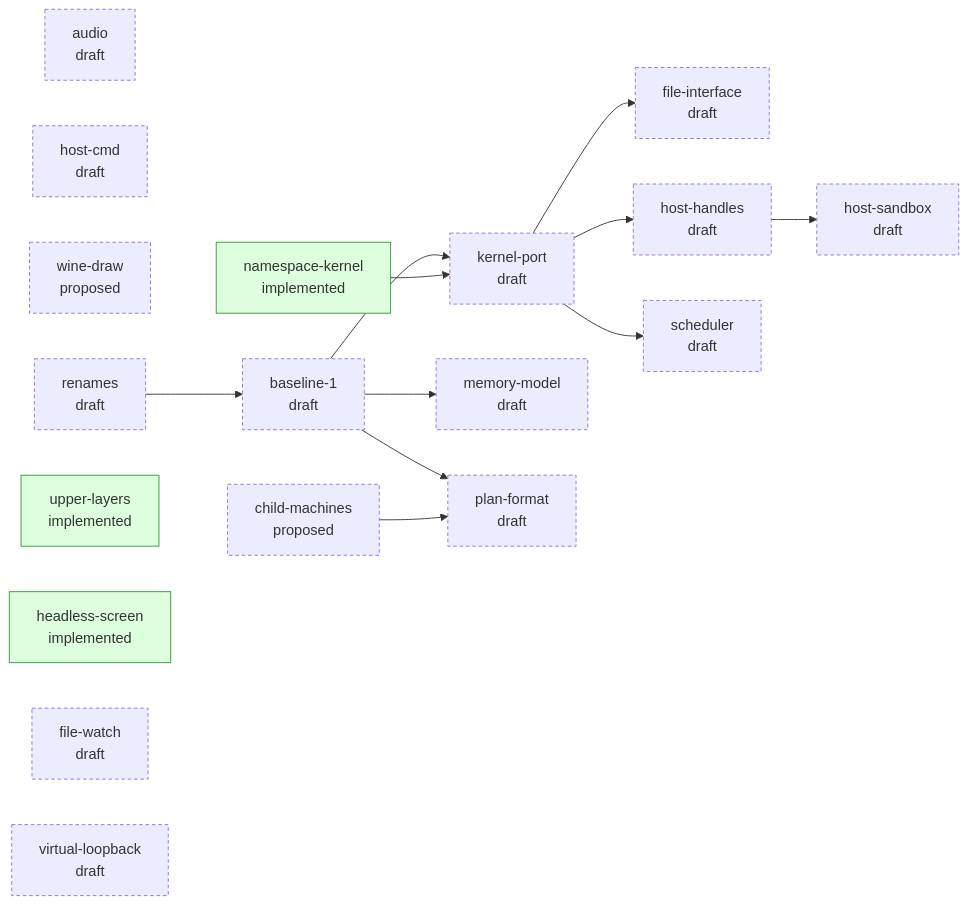
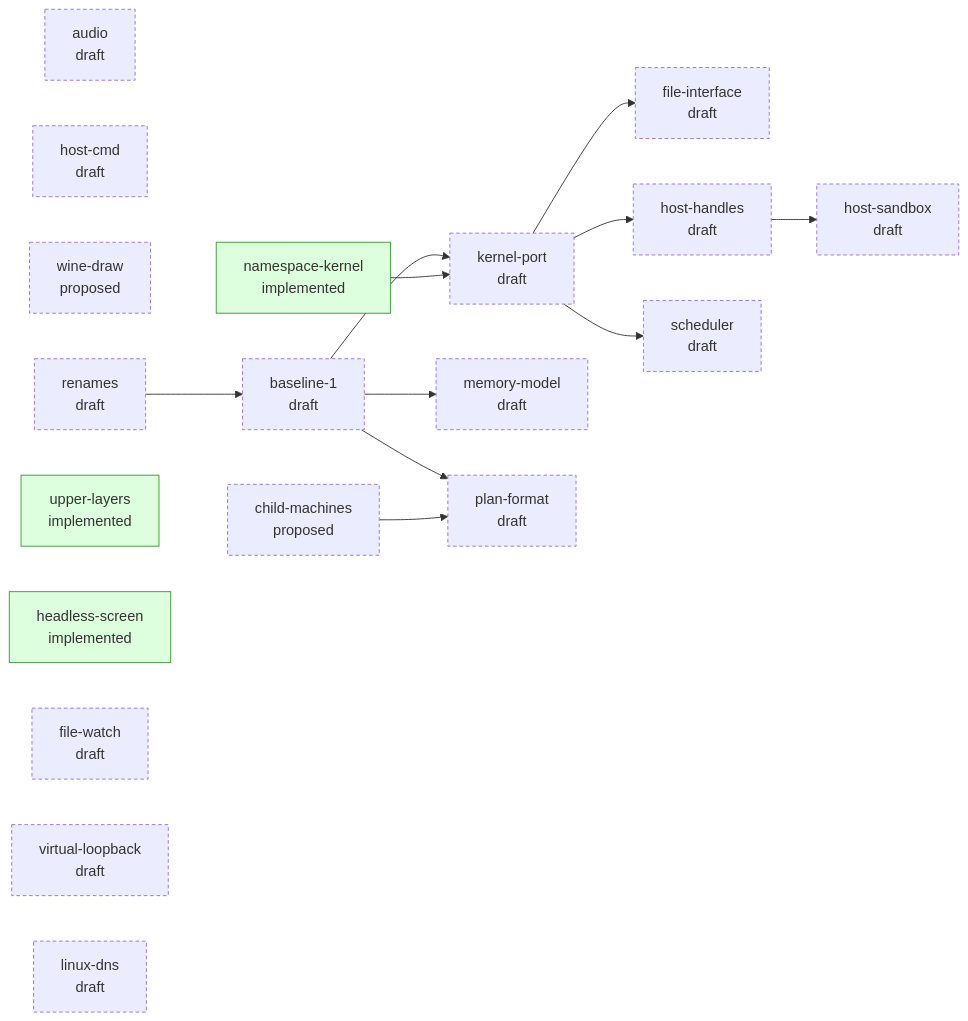
One commit to progrium/hyper9 changed the diagram in design/STATUS.md. Above: the diagram before and after it, drawn with Mermaid. The commit also changed other lines of this file, not shown here.

Commit message:
design: regenerate STATUS.md

````diff
--- a/design/STATUS.md
+++ b/design/STATUS.md
@@ -28,35 +29,36 @@
 ```mermaid
 flowchart LR
   classDef draft stroke-dasharray: 4 3
   classDef accepted stroke-width: 2px
   classDef implemented fill:#dfd,stroke:#393
   classDef closed fill:#eee,stroke:#999,color:#777
   p_host_sandbox["host-sandbox<br/>draft"]:::draft
   p_audio["audio<br/>draft"]:::draft
   p_host_cmd["host-cmd<br/>draft"]:::draft
   p_child_machines["child-machines<br/>proposed"]:::draft
   p_wine_draw["wine-draw<br/>proposed"]:::draft
   p_namespace_kernel["namespace-kernel<br/>implemented"]:::implemented
   p_baseline_1["baseline-1<br/>draft"]:::draft
   p_file_interface["file-interface<br/>draft"]:::draft
   p_host_handles["host-handles<br/>draft"]:::draft
   p_kernel_port["kernel-port<br/>draft"]:::draft
   p_memory_model["memory-model<br/>draft"]:::draft
   p_plan_format["plan-format<br/>draft"]:::draft
   p_renames["renames<br/>draft"]:::draft
   p_scheduler["scheduler<br/>draft"]:::draft
   p_upper_layers["upper-layers<br/>implemented"]:::implemented
   p_headless_screen["headless-screen<br/>implemented"]:::implemented
   p_file_watch["file-watch<br/>draft"]:::draft
   p_virtual_loopback["virtual-loopback<br/>draft"]:::draft
+  p_linux_dns["linux-dns<br/>draft"]:::draft
   p_host_handles --> p_host_sandbox
   p_renames --> p_baseline_1
   p_kernel_port --> p_file_interface
   p_kernel_port --> p_host_handles
   p_baseline_1 --> p_kernel_port
   p_namespace_kernel --> p_kernel_port
   p_baseline_1 --> p_memory_model
   p_baseline_1 --> p_plan_format
   p_child_machines --> p_plan_format
   p_kernel_port --> p_scheduler
 ```
````
